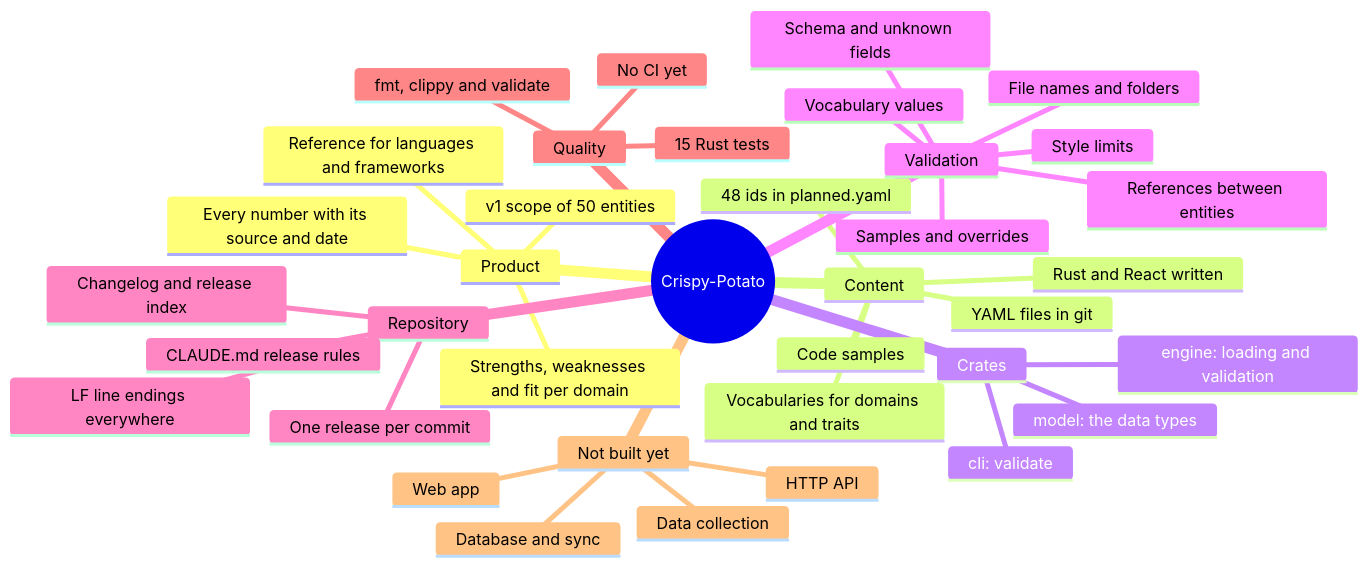
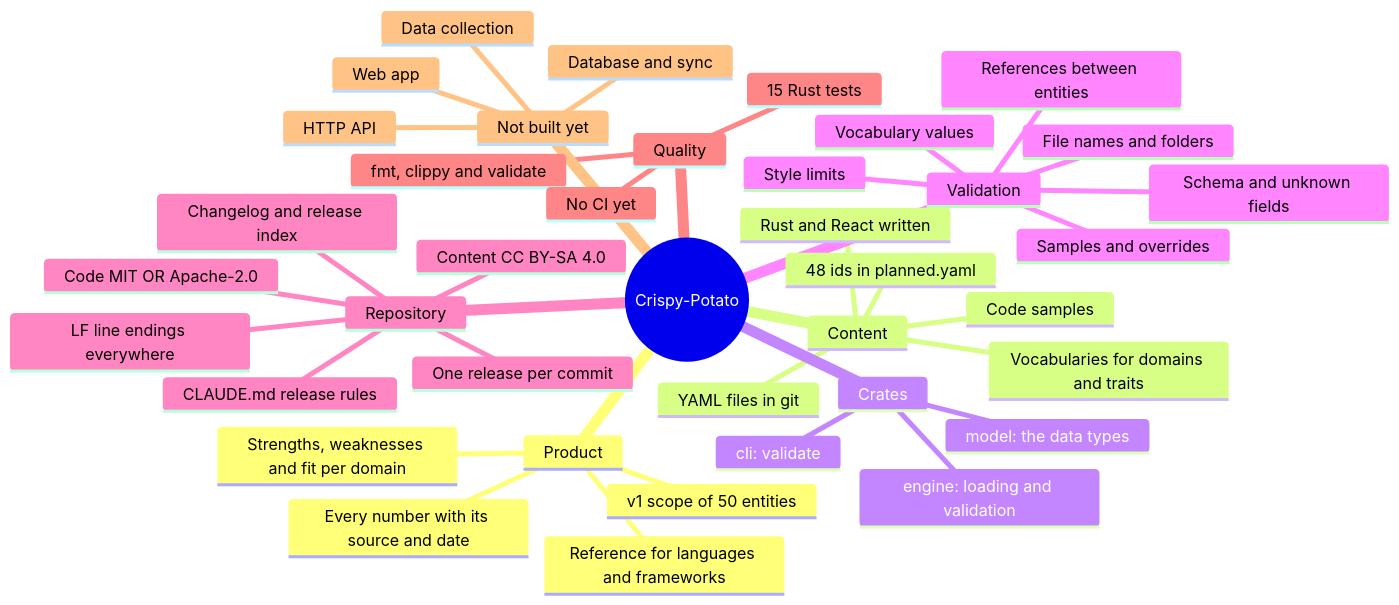
The first of 2 diagrams in docs/MINDMAP.md (winksen/Crispy-Potato), drawn with Mermaid before and after one commit. The commit also changed other lines of this file and 12 other files, not shown here.

````diff
--- a/docs/MINDMAP.md
+++ b/docs/MINDMAP.md
@@ -11,40 +11,42 @@
 ```mermaid
 mindmap
   root((Crispy-Potato))
     Product
       Reference for languages and frameworks
       Strengths, weaknesses and fit per domain
       Every number with its source and date
       v1 scope of 50 entities
     Content
       YAML files in git
       Rust and React written
       48 ids in planned.yaml
       Vocabularies for domains and traits
       Code samples
     Crates
       model: the data types
       engine: loading and validation
       cli: validate
     Validation
       Schema and unknown fields
       File names and folders
       Vocabulary values
       References between entities
       Style limits
       Samples and overrides
     Repository
+      Code MIT OR Apache-2.0
+      Content CC BY-SA 4.0
       One release per commit
       Changelog and release index
       CLAUDE.md release rules
       LF line endings everywhere
     Quality
       15 Rust tests
       fmt, clippy and validate
       No CI yet
     Not built yet
       Database and sync
       Data collection
       HTTP API
       Web app
 ```
````
